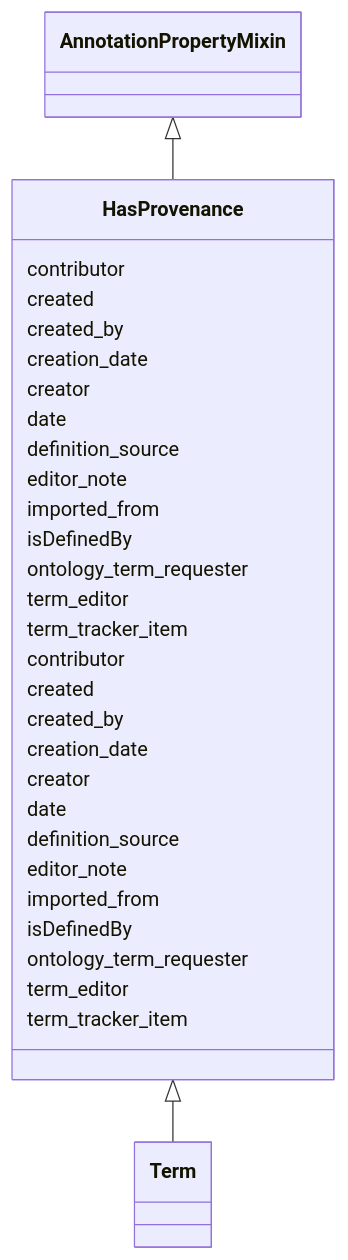
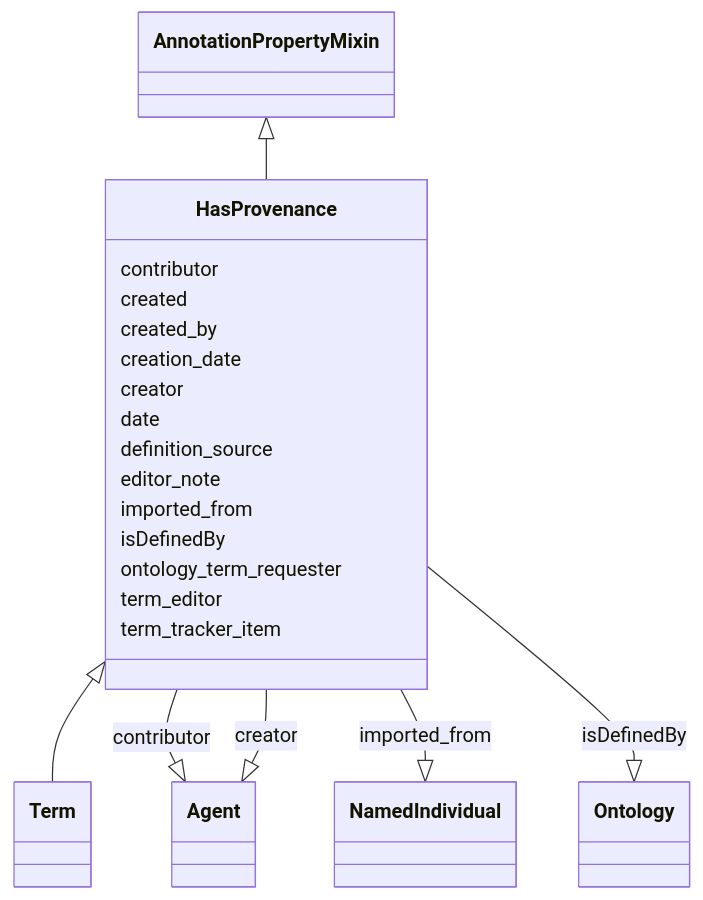
One commit to cthoyt/ontology-access-kit changed the diagram in ontology-metadata/HasProvenance.md. Above: the diagram before and after it, drawn with Mermaid. The commit also changed other lines of this file and 3287 other files, not shown here.

````diff
--- a/ontology-metadata/HasProvenance.md
+++ b/ontology-metadata/HasProvenance.md
@@ -9,37 +9,45 @@
 ```{mermaid}
  classDiagram
     class HasProvenance
       AnnotationPropertyMixin <|-- HasProvenance
       
-      HasProvenance : contributor
-      HasProvenance : created
-      HasProvenance : created_by
-      HasProvenance : creation_date
-      HasProvenance : creator
-      HasProvenance : date
-      HasProvenance : definition_source
-      HasProvenance : editor_note
-      HasProvenance : imported_from
-      HasProvenance : isDefinedBy
-      HasProvenance : ontology_term_requester
-      HasProvenance : term_editor
-      HasProvenance : term_tracker_item
-      
 
       HasProvenance <|-- Term
       
+      
       HasProvenance : contributor
+        
+          HasProvenance --|> Agent : contributor
+        
       HasProvenance : created
+        
       HasProvenance : created_by
+        
       HasProvenance : creation_date
+        
       HasProvenance : creator
+        
+          HasProvenance --|> Agent : creator
+        
       HasProvenance : date
+        
       HasProvenance : definition_source
+        
       HasProvenance : editor_note
+        
       HasProvenance : imported_from
+        
+          HasProvenance --|> NamedIndividual : imported_from
+        
       HasProvenance : isDefinedBy
+        
+          HasProvenance --|> Ontology : isDefinedBy
+        
       HasProvenance : ontology_term_requester
+        
       HasProvenance : term_editor
+        
       HasProvenance : term_tracker_item
+        
       
 ```
````
